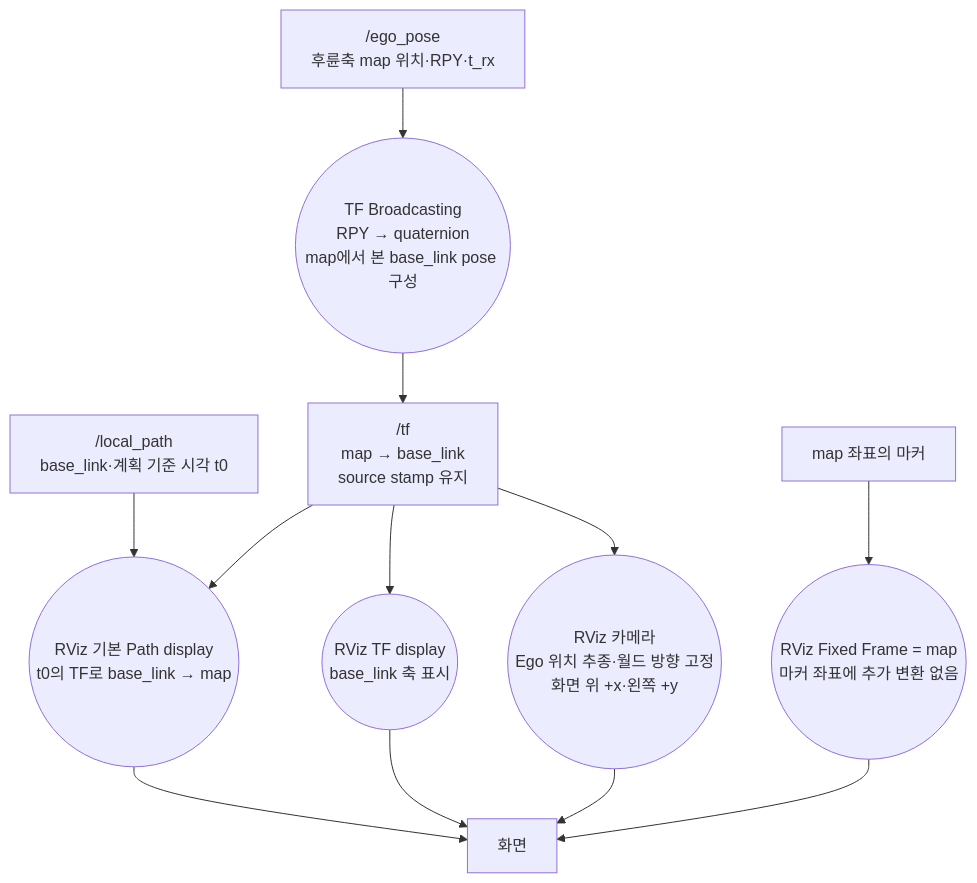
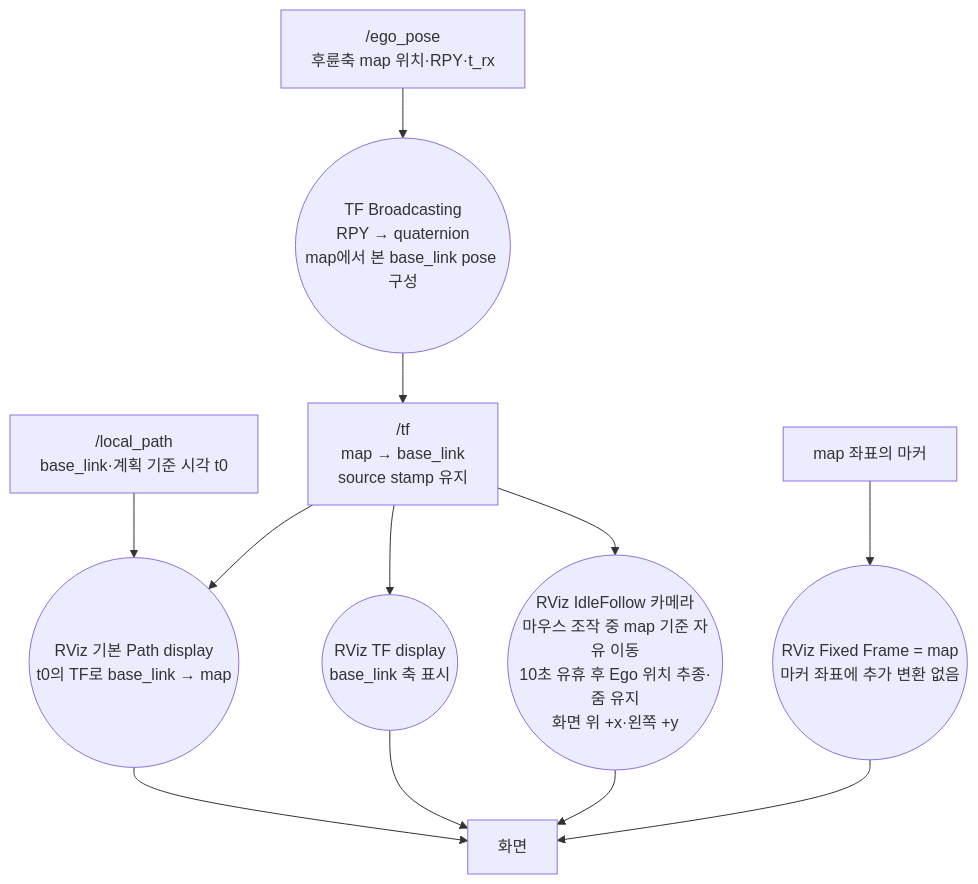
Before and after one commit to Team-Stier/HL-FMA2026-sim-stier: the fourth of 14 diagrams in docs/DataPipeline.md, drawn with Mermaid. The commit also changed other lines of this file and 17 other files, not shown here.

````diff
--- a/docs/DataPipeline.md
+++ b/docs/DataPipeline.md
@@ -75,14 +75,14 @@
 ```mermaid
 flowchart TD
     POSE["/ego_pose<br/>후륜축 map 위치·RPY·t_rx"] --> NODE(("TF Broadcasting<br/>RPY → quaternion<br/>map에서 본 base_link pose 구성"))
     NODE --> TF["/tf<br/>map → base_link<br/>source stamp 유지"]
     PATH["/local_path<br/>base_link·계획 기준 시각 t0"] --> DISPLAY(("RViz 기본 Path display<br/>t0의 TF로 base_link → map"))
     TF --> DISPLAY
     DISPLAY --> SCREEN["화면"]
     TF --> AXES(("RViz TF display<br/>base_link 축 표시"))
-    TF --> CAMERA(("RViz 카메라<br/>Ego 위치 추종·월드 방향 고정<br/>화면 위 +x·왼쪽 +y"))
+    TF --> CAMERA(("RViz IdleFollow 카메라<br/>마우스 조작 중 map 기준 자유 이동<br/>10초 유휴 후 Ego 위치 추종·줌 유지<br/>화면 위 +x·왼쪽 +y"))
     MARKERS["map 좌표의 마커"] --> FIXED(("RViz Fixed Frame = map<br/>마커 좌표에 추가 변환 없음"))
     AXES --> SCREEN["화면"]
     CAMERA --> SCREEN
     FIXED --> SCREEN
 ```
````
